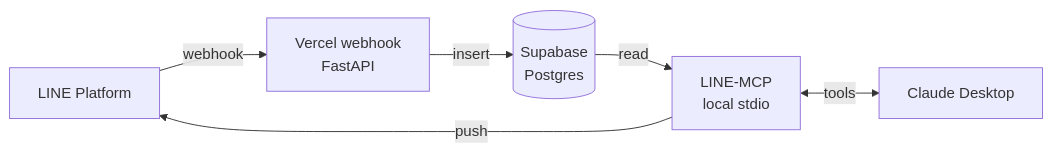
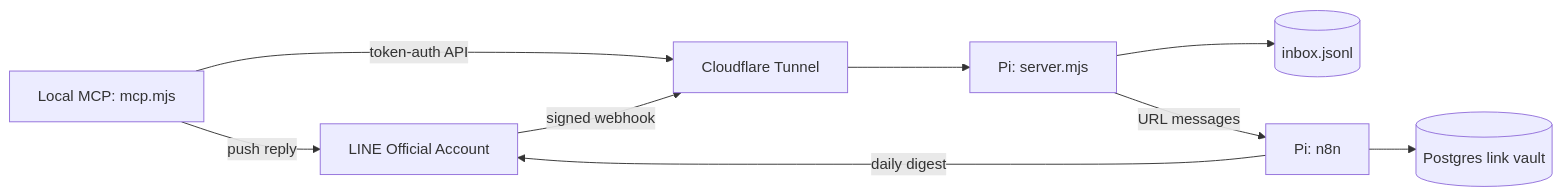
The diagram in README.md (santapong/KeepMessage), drawn with Mermaid before and after one commit. The commit also changed other lines of this file and 4 other files, not shown here.

````diff
--- a/README.md
+++ b/README.md
@@ -17,8 +24,11 @@
 ```mermaid
 flowchart LR
-    LP[LINE Platform] -->|webhook| V[Vercel webhook<br/>FastAPI]
-    V -->|insert| DB[(Supabase<br/>Postgres)]
-    DB -->|read| MCP[LINE-MCP<br/>local stdio]
-    MCP <-->|tools| C[Claude Desktop]
-    MCP -->|push| LP
+    LINE[LINE Official Account] -->|signed webhook| CF[Cloudflare Tunnel]
+    CF --> RX[Pi: server.mjs]
+    RX --> BOX[(inbox.jsonl)]
+    MCP[Local MCP: mcp.mjs] -->|token-auth API| CF
+    MCP -->|push reply| LINE
+    RX -->|URL messages| N8N[Pi: n8n]
+    N8N --> VAULT[(Postgres link vault)]
+    N8N -->|daily digest| LINE
 ```
````
